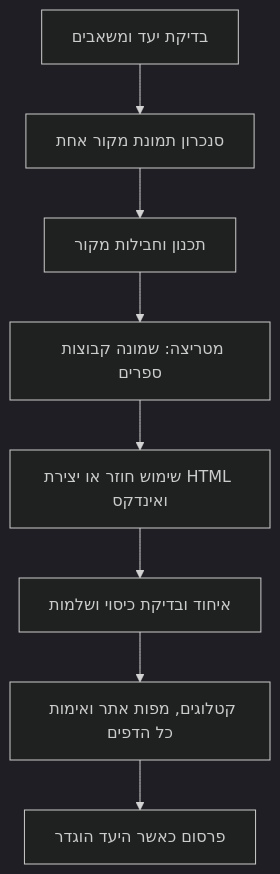
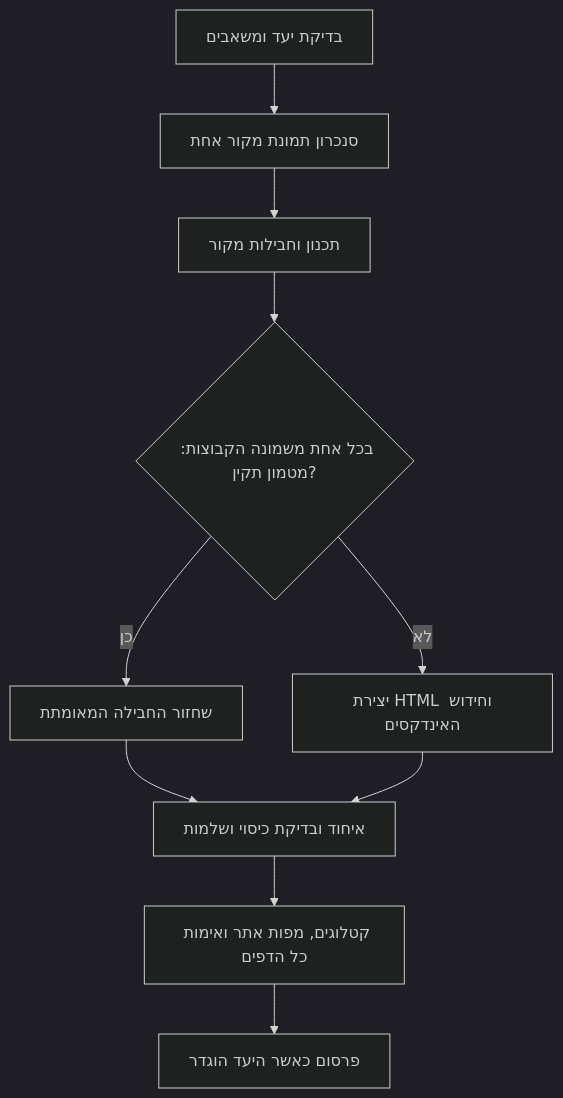
Before and after one commit to NHLOCAL/otzaria-web: the diagram in docs/PERFORMANCE_RESEARCH.md, drawn with Mermaid (dark theme). The commit also changed other lines of this file and 14 other files, not shown here.

````diff
--- a/docs/PERFORMANCE_RESEARCH.md
+++ b/docs/PERFORMANCE_RESEARCH.md
@@ -42,10 +42,12 @@
 ```mermaid
 flowchart TD
   P["בדיקת יעד ומשאבים"] --> S["סנכרון תמונת מקור אחת"]
   S --> T["תכנון וחבילות מקור"]
-  T --> M["מטריצה: שמונה קבוצות ספרים"]
-  M --> C["שימוש חוזר או יצירת HTML ואינדקס"]
-  C --> A["איחוד ובדיקת כיסוי ושלמות"]
+  T --> M{"בכל אחת משמונה הקבוצות: מטמון תקין?"}
+  M -->|"כן"| H["שחזור החבילה המאומתת"]
+  M -->|"לא"| C["יצירת HTML וחידוש האינדקסים"]
+  H --> A["איחוד ובדיקת כיסוי ושלמות"]
+  C --> A
   A --> V["קטלוגים, מפות אתר ואימות כל הדפים"]
   V --> R["פרסום כאשר היעד הוגדר"]
 ```
````
